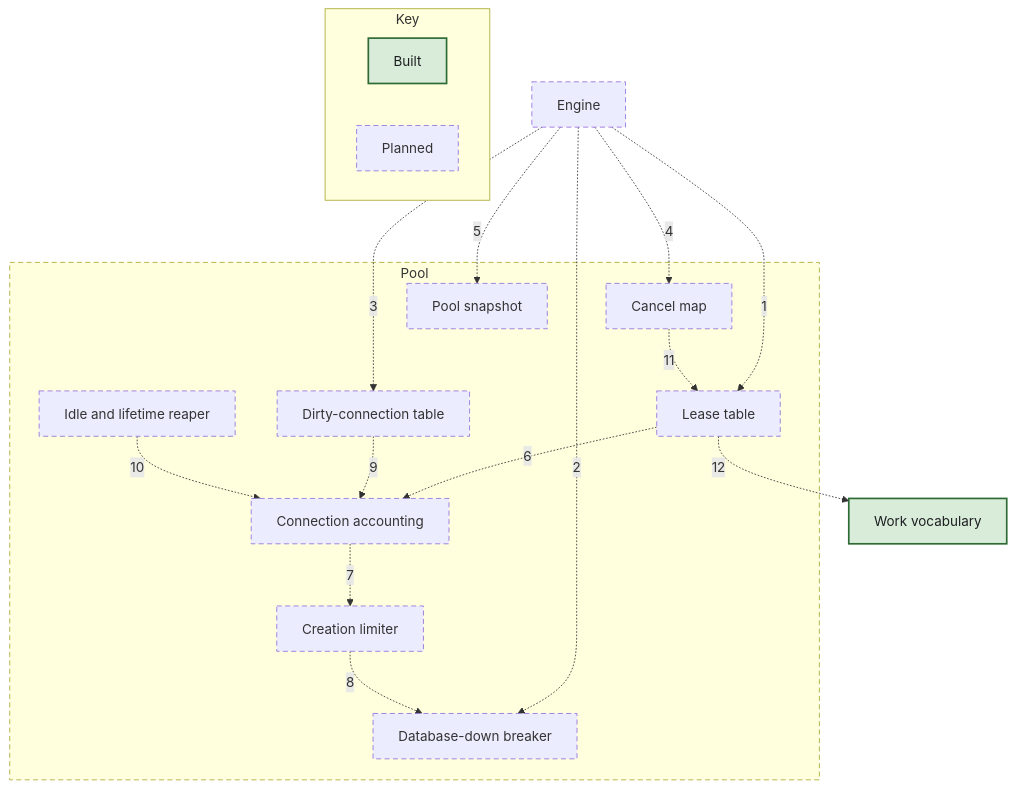
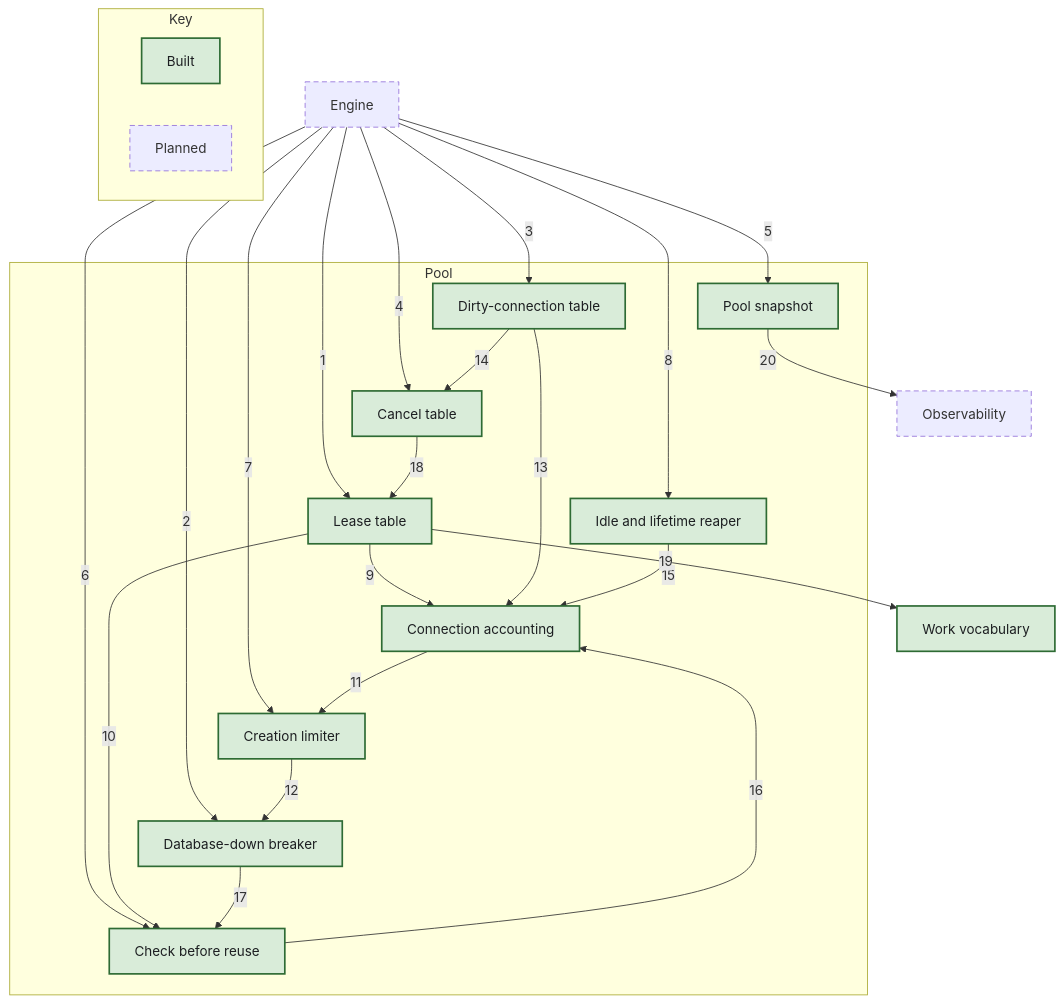
Before and after one commit to nickstrad/mini-gateway: the diagram in docs/c4/diagrams/08-component-pool.mmd, drawn with Mermaid. The commit also changed 19 other files, not shown here.

First line of the commit message:
c4: mark chunk 7's pool built, draw its wiring, and say chunks 0–8 plainly

```diff
--- a/docs/c4/diagrams/08-component-pool.mmd
+++ b/docs/c4/diagrams/08-component-pool.mmd
@@ -1,32 +1,41 @@
 flowchart TB
   N_ENGINE["Engine"]:::planned
   N_WORK["Work vocabulary"]:::built
+  N_OBS["Observability"]:::planned
   subgraph SCOPE["Pool"]
-    P_ACCT["Connection accounting"]:::planned
-    P_CREATE["Creation limiter"]:::planned
-    P_LEASE["Lease table"]:::planned
-    P_BREAKER["Database-down breaker"]:::planned
-    P_DIRTY["Dirty-connection table"]:::planned
-    P_REAPER["Idle and lifetime reaper"]:::planned
-    P_CANCEL["Cancel map"]:::planned
-    P_SNAP["Pool snapshot"]:::planned
+    P_ACCT["Connection accounting"]:::built
+    P_CREATE["Creation limiter"]:::built
+    P_LEASE["Lease table"]:::built
+    P_CHECK["Check before reuse"]:::built
+    P_BREAKER["Database-down breaker"]:::built
+    P_DIRTY["Dirty-connection table"]:::built
+    P_REAPER["Idle and lifetime reaper"]:::built
+    P_CANCEL["Cancel table"]:::built
+    P_SNAP["Pool snapshot"]:::built
   end
-  N_ENGINE -.->|1| P_LEASE
-  N_ENGINE -.->|2| P_BREAKER
-  N_ENGINE -.->|3| P_DIRTY
-  N_ENGINE -.->|4| P_CANCEL
-  N_ENGINE -.->|5| P_SNAP
-  P_LEASE -.->|6| P_ACCT
-  P_ACCT -.->|7| P_CREATE
-  P_CREATE -.->|8| P_BREAKER
-  P_DIRTY -.->|9| P_ACCT
-  P_REAPER -.->|10| P_ACCT
-  P_CANCEL -.->|11| P_LEASE
-  P_LEASE -.->|12| N_WORK
+  N_ENGINE -->|1| P_LEASE
+  N_ENGINE -->|2| P_BREAKER
+  N_ENGINE -->|3| P_DIRTY
+  N_ENGINE -->|4| P_CANCEL
+  N_ENGINE -->|5| P_SNAP
+  N_ENGINE -->|6| P_CHECK
+  N_ENGINE -->|7| P_CREATE
+  N_ENGINE -->|8| P_REAPER
+  P_LEASE -->|9| P_ACCT
+  P_LEASE -->|10| P_CHECK
+  P_ACCT -->|11| P_CREATE
+  P_CREATE -->|12| P_BREAKER
+  P_DIRTY -->|13| P_ACCT
+  P_DIRTY -->|14| P_CANCEL
+  P_REAPER -->|15| P_ACCT
+  P_CHECK -->|16| P_ACCT
+  P_BREAKER -->|17| P_CHECK
+  P_CANCEL -->|18| P_LEASE
+  P_LEASE -->|19| N_WORK
+  P_SNAP -->|20| N_OBS
   subgraph KEY["Key"]
     KEY_BUILT["Built"]:::built
     KEY_PLANNED["Planned"]:::planned
   end
   classDef built fill:#d9ecd9,stroke:#2e6b34,stroke-width:2px,color:#1c1e21
   classDef planned stroke-width:1px,stroke-dasharray:6 4
-  style SCOPE stroke-dasharray:6 4
```
